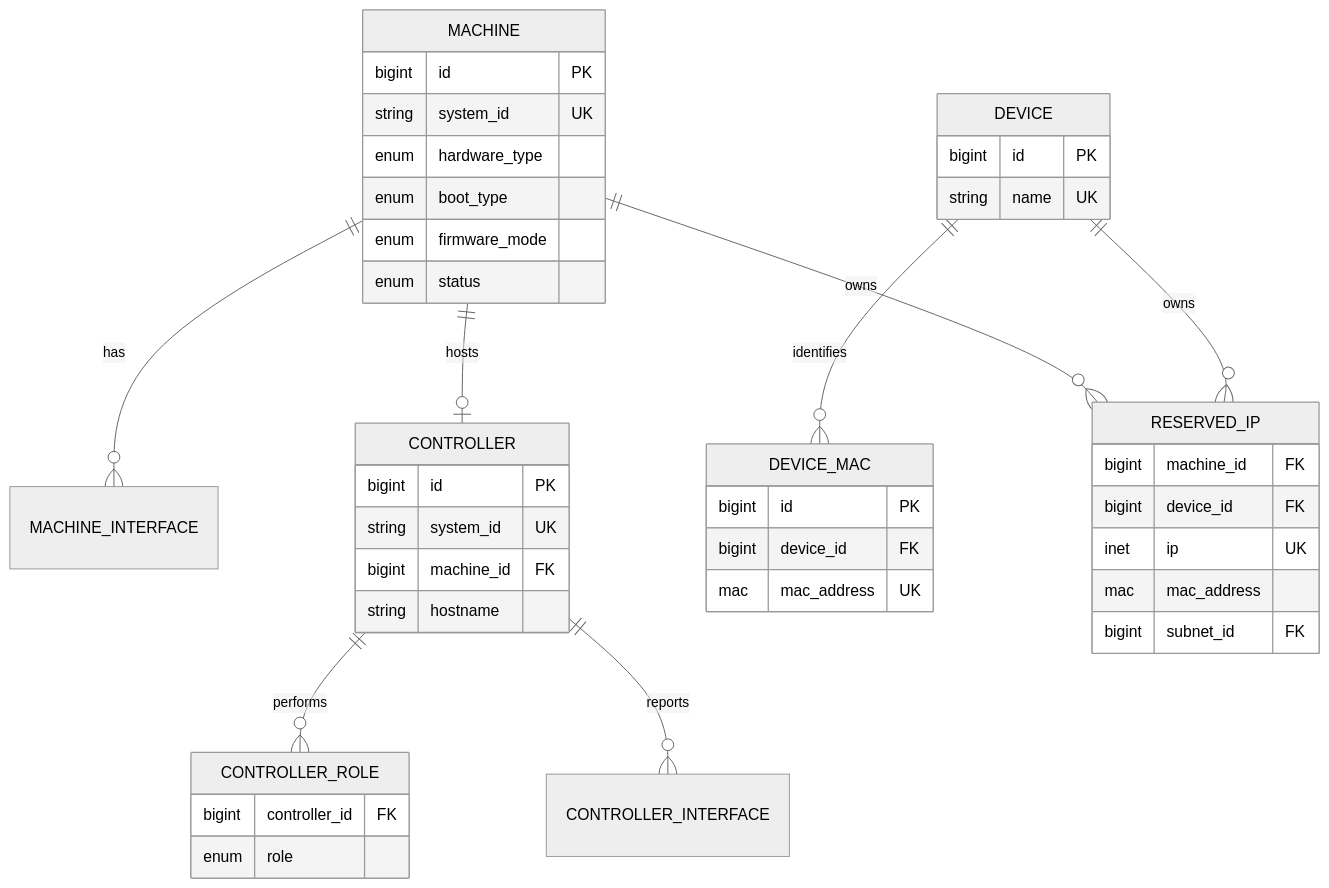
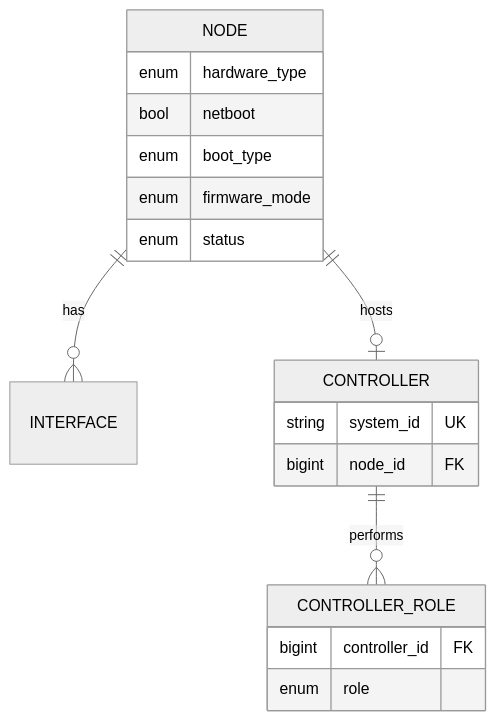
The fourth of 4 diagrams in new-switch-model/NODE-MODEL.md (bjornt/maas), drawn with Mermaid (neutral theme) before and after one commit. The commit also changed other lines of this file, not shown here.

Commit message:
another approach: keep devices in the node table

````diff
--- a/new-switch-model/NODE-MODEL.md
+++ b/new-switch-model/NODE-MODEL.md
@@ -80,45 +473,22 @@
 ```mermaid
 erDiagram
-    MACHINE ||--o{ MACHINE_INTERFACE : has
-    MACHINE ||--o| CONTROLLER : hosts
+    NODE ||--o{ INTERFACE : has
+    NODE ||--o| CONTROLLER : hosts
     CONTROLLER ||--o{ CONTROLLER_ROLE : performs
-    CONTROLLER ||--o{ CONTROLLER_INTERFACE : reports
-    DEVICE ||--o{ DEVICE_MAC : identifies
-    MACHINE ||--o{ RESERVED_IP : owns
-    DEVICE ||--o{ RESERVED_IP : owns
 
-    MACHINE {
-        bigint id PK
-        string system_id UK
+    NODE {
         enum hardware_type
+        bool netboot
         enum boot_type
         enum firmware_mode
         enum status
     }
-    DEVICE {
-        bigint id PK
-        string name UK
-    }
-    DEVICE_MAC {
-        bigint id PK
-        bigint device_id FK
-        mac mac_address UK
-    }
     CONTROLLER {
-        bigint id PK
         string system_id UK
-        bigint machine_id FK
-        string hostname
+        bigint node_id FK
     }
     CONTROLLER_ROLE {
         bigint controller_id FK
         enum role
     }
-    RESERVED_IP {
-        bigint machine_id FK
-        bigint device_id FK
-        inet ip UK
-        mac mac_address
-        bigint subnet_id FK
-    }
 ```
````
